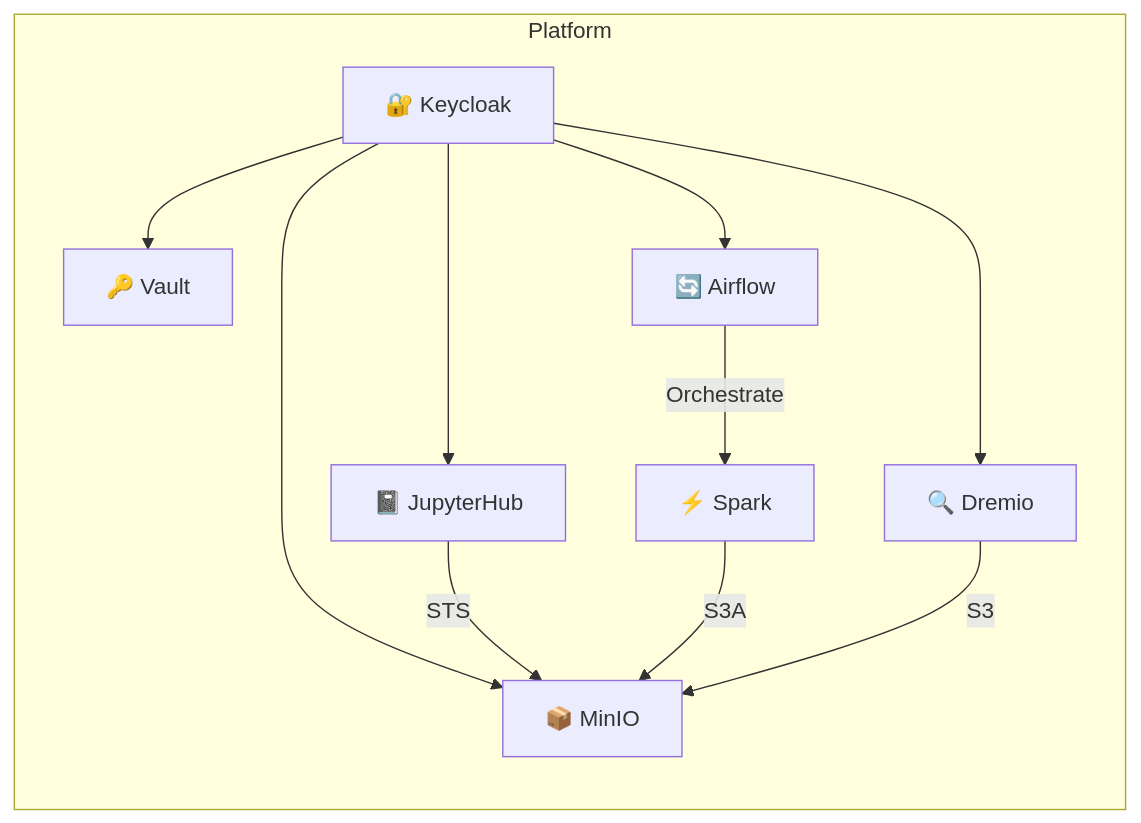
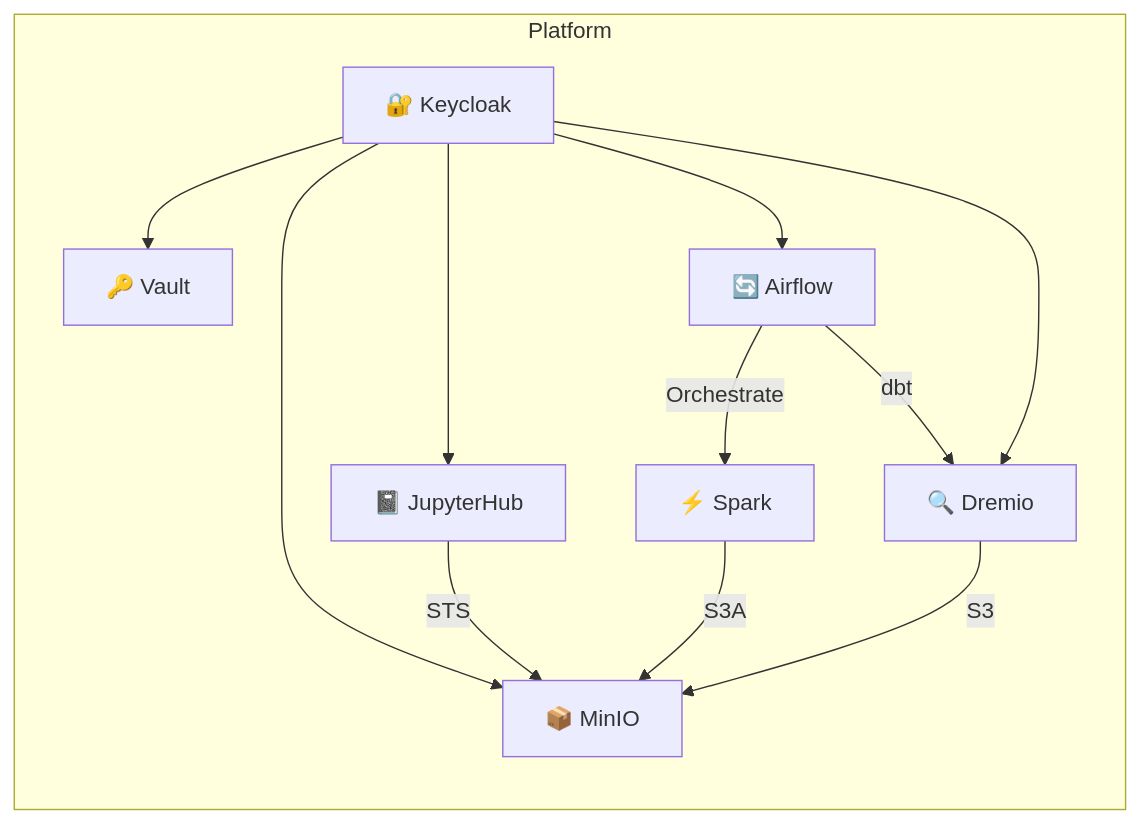
The first of 2 diagrams in README.md (rammi-dev/dremio-platform1), drawn with Mermaid before and after one commit. The commit also changed other lines of this file and 1 other file, not shown here.

Commit message:
Airflow docs

````diff
--- a/README.md
+++ b/README.md
@@ -5,15 +5,16 @@
 ```mermaid
 graph LR
     subgraph Platform
         KC[🔐 Keycloak] --> Vault[🔑 Vault]
         KC --> MinIO[📦 MinIO]
         KC --> JH[📓 JupyterHub]
         KC --> AF[🔄 Airflow]
         KC --> Dremio[🔍 Dremio]
         
         JH -->|STS| MinIO
         Spark[⚡ Spark] -->|S3A| MinIO
         AF -->|Orchestrate| Spark
+        AF -->|dbt| Dremio
         Dremio -->|S3| MinIO
     end
 ```
````
